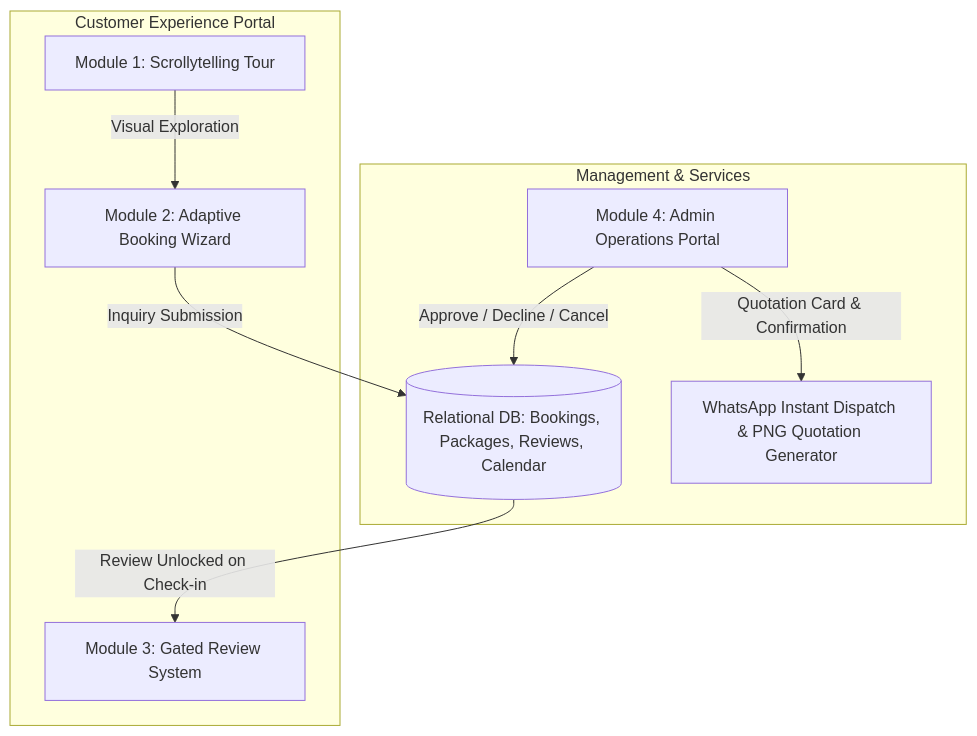
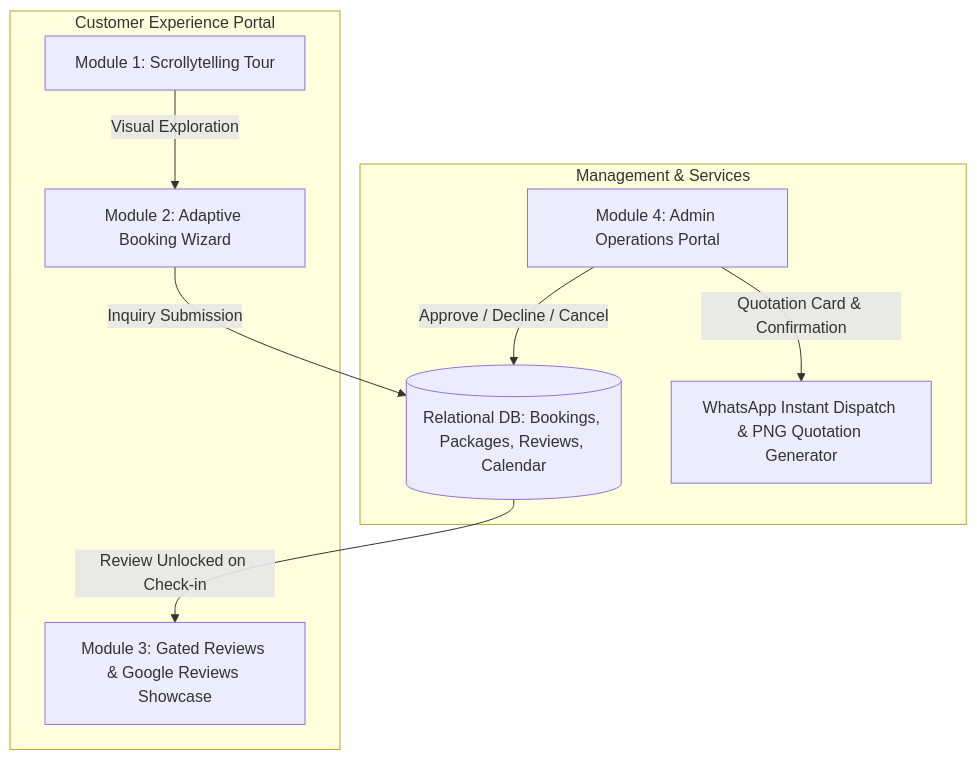
One commit to KavinduLakshan393/villa-cinnamoon-castle changed the diagram in Documents/property_details.md. Above: the diagram before and after it, drawn with Mermaid. The commit also changed other lines of this file and 292 other files, not shown here.

````diff
--- a/Documents/property_details.md
+++ b/Documents/property_details.md
@@ -212,20 +209,20 @@
 ```mermaid
 graph TD
     subgraph Frontend [Customer Experience Portal]
         M1[Module 1: Scrollytelling Tour]
         M2[Module 2: Adaptive Booking Wizard]
-        M3[Module 3: Gated Review System]
+        M3[Module 3: Gated Reviews & Google Reviews Showcase]
     end
 
     subgraph Backend [Management & Services]
         M4[Module 4: Admin Operations Portal]
         DB[(Relational DB: Bookings, Packages, Reviews, Calendar)]
         WA[WhatsApp Instant Dispatch & PNG Quotation Generator]
     end
 
     M1 -->|Visual Exploration| M2
     M2 -->|Inquiry Submission| DB
     DB -->|Review Unlocked on Check-in| M3
     M4 -->|Approve / Decline / Cancel| DB
     M4 -->|Quotation Card & Confirmation| WA
 ```
````
